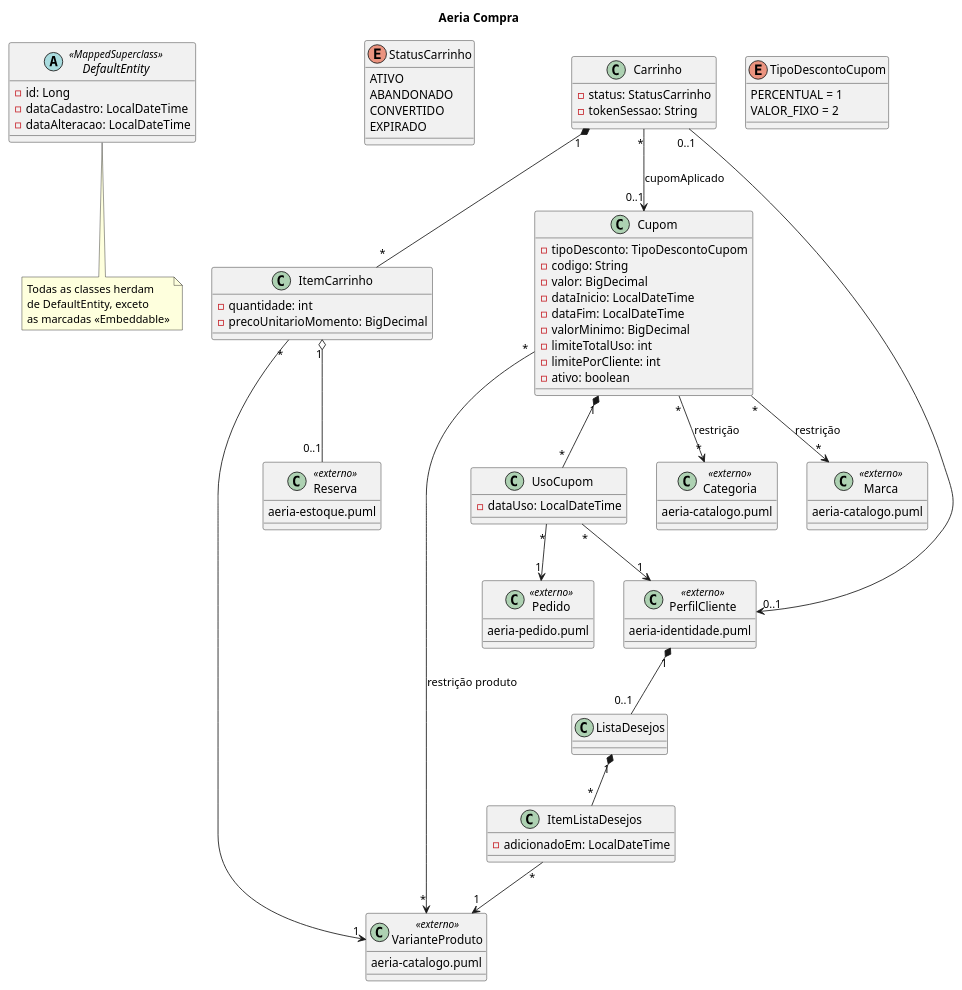
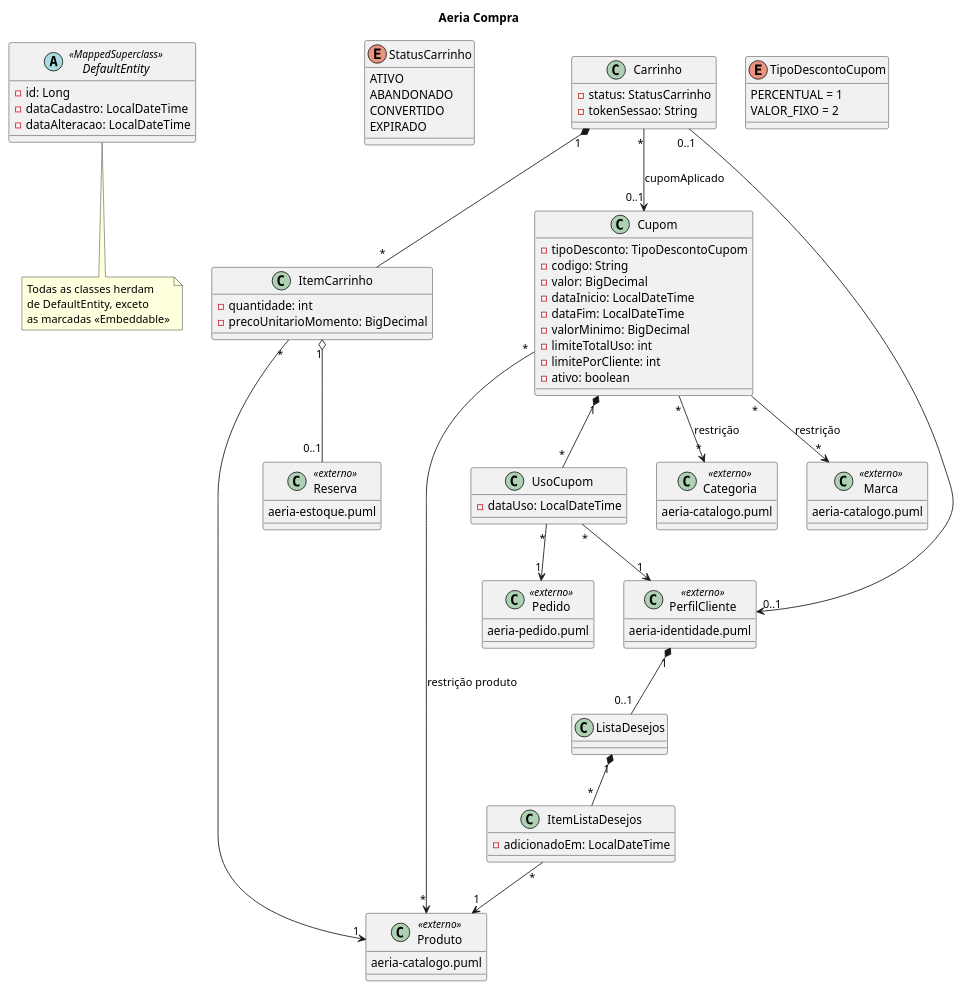
The diagram in docs/diagramas/aeria-compra.puml (DaviRSuassuna/Droneshop), drawn with PlantUML before and after one commit. The commit also changed 16 other files, not shown here.

```diff
--- a/docs/diagramas/aeria-compra.puml
+++ b/docs/diagramas/aeria-compra.puml
@@ -1,101 +1,101 @@
 @startuml aeria-compra
 
 title Aeria Compra
 
 abstract class DefaultEntity <<MappedSuperclass>> {
   -id: Long
   -dataCadastro: LocalDateTime
   -dataAlteracao: LocalDateTime
 }
 
 note bottom of DefaultEntity
   Todas as classes herdam
   de DefaultEntity, exceto
   as marcadas <<Embeddable>>
 end note
 
 enum StatusCarrinho {
   ATIVO
   ABANDONADO
   CONVERTIDO
   EXPIRADO
 }
 
 class Carrinho {
   -status: StatusCarrinho
   -tokenSessao: String
 }
 
 class ItemCarrinho {
   -quantidade: int
   -precoUnitarioMomento: BigDecimal
 }
 
 class ListaDesejos {
 }
 
 class ItemListaDesejos {
   -adicionadoEm: LocalDateTime
 }
 
 enum TipoDescontoCupom {
   PERCENTUAL = 1
   VALOR_FIXO = 2
 }
 
 class Cupom {
   -tipoDesconto: TipoDescontoCupom
   -codigo: String
   -valor: BigDecimal
   -dataInicio: LocalDateTime
   -dataFim: LocalDateTime
   -valorMinimo: BigDecimal
   -limiteTotalUso: int
   -limitePorCliente: int
   -ativo: boolean
 }
 
 class UsoCupom {
   -dataUso: LocalDateTime
 }
 
 class Categoria <<externo>> {
   aeria-catalogo.puml
 }
 
 class Marca <<externo>> {
   aeria-catalogo.puml
 }
 
 class Pedido <<externo>> {
   aeria-pedido.puml
 }
 
 class PerfilCliente <<externo>> {
   aeria-identidade.puml
 }
 
 class Reserva <<externo>> {
   aeria-estoque.puml
 }
 
-class VarianteProduto <<externo>> {
+class Produto <<externo>> {
   aeria-catalogo.puml
 }
 
 Carrinho "0..1" --> "0..1" PerfilCliente
 Carrinho "*" --> "0..1" Cupom : cupomAplicado
 Carrinho "1" *-- "*" ItemCarrinho
-ItemCarrinho "*" --> "1" VarianteProduto
+ItemCarrinho "*" --> "1" Produto
 ItemCarrinho "1" o-- "0..1" Reserva
 PerfilCliente "1" *-- "0..1" ListaDesejos
 ListaDesejos "1" *-- "*" ItemListaDesejos
-ItemListaDesejos "*" --> "1" VarianteProduto
+ItemListaDesejos "*" --> "1" Produto
 Cupom "1" *-- "*" UsoCupom
 UsoCupom "*" --> "1" PerfilCliente
 UsoCupom "*" --> "1" Pedido
 Cupom "*" --> "*" Categoria : restrição
 Cupom "*" --> "*" Marca : restrição
-Cupom "*" --> "*" VarianteProduto : restrição produto
+Cupom "*" --> "*" Produto : restrição produto
 
 @enduml
```
